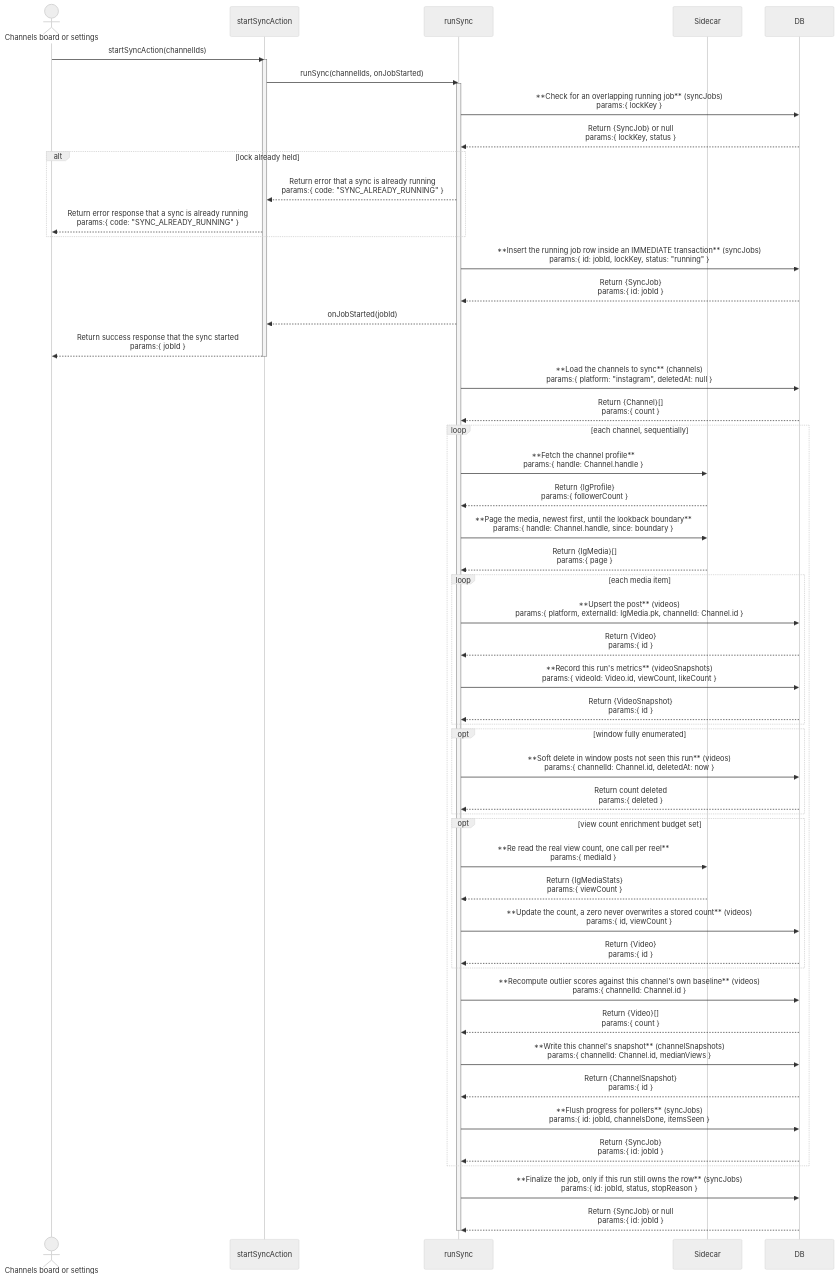
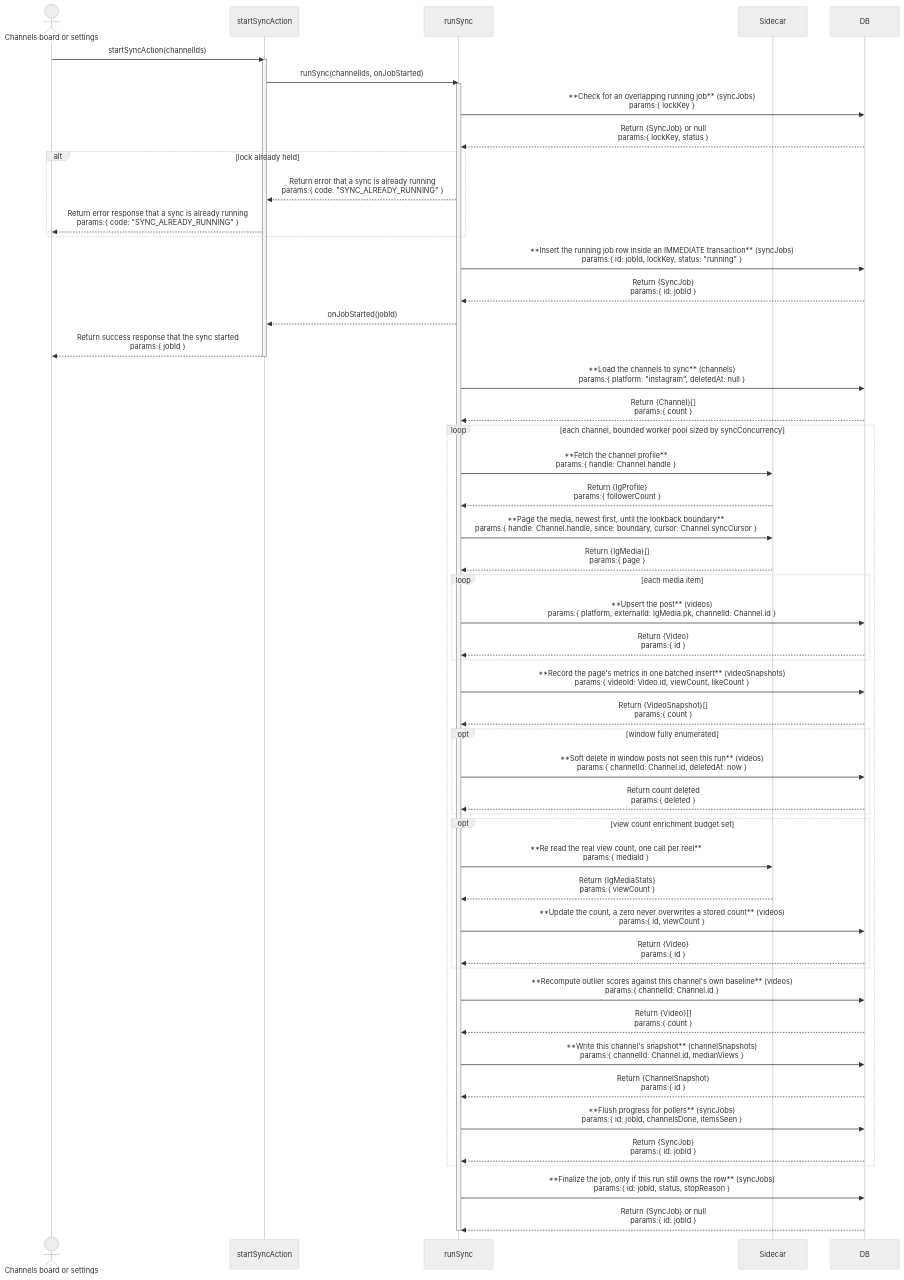
Before and after one commit to Kaiships-ai/crowsnest: the second of 2 diagrams in documents/architect/core-components/ig-sync/02-architecture.md, drawn with Mermaid (neutral theme). The commit also changed other lines of this file and 4 other files, not shown here.

First line of the commit message:
docs(ig-sync): document concurrency, resume, error classes, batching, monitoring

````diff
--- a/documents/architect/core-components/ig-sync/02-architecture.md
+++ b/documents/architect/core-components/ig-sync/02-architecture.md
@@ -147,60 +151,60 @@
 ```mermaid
 sequenceDiagram
     actor UI as Channels board or settings
     participant Action as startSyncAction
     participant Worker as runSync
     participant Sidecar
     participant DB
 
     UI->>Action: startSyncAction(channelIds)
     activate Action
     Action->>Worker: runSync(channelIds, onJobStarted)
     activate Worker
     Worker->>DB: **Check for an overlapping running job** (syncJobs)<br/>params:{ lockKey }
     DB-->>Worker: Return {SyncJob} or null<br/>params:{ lockKey, status }
     alt lock already held
         Worker-->>Action: Return error that a sync is already running<br/>params:{ code: "SYNC_ALREADY_RUNNING" }
         Action-->>UI: Return error response that a sync is already running<br/>params:{ code: "SYNC_ALREADY_RUNNING" }
     end
     Worker->>DB: **Insert the running job row inside an IMMEDIATE transaction** (syncJobs)<br/>params:{ id: jobId, lockKey, status: "running" }
     DB-->>Worker: Return {SyncJob}<br/>params:{ id: jobId }
     Worker-->>Action: onJobStarted(jobId)
     Action-->>UI: Return success response that the sync started<br/>params:{ jobId }
     deactivate Action
 
     Worker->>DB: **Load the channels to sync** (channels)<br/>params:{ platform: "instagram", deletedAt: null }
     DB-->>Worker: Return {Channel}[]<br/>params:{ count }
 
-    loop each channel, sequentially
+    loop each channel, bounded worker pool sized by syncConcurrency
         Worker->>Sidecar: **Fetch the channel profile**<br/>params:{ handle: Channel.handle }
         Sidecar-->>Worker: Return {IgProfile}<br/>params:{ followerCount }
-        Worker->>Sidecar: **Page the media, newest first, until the lookback boundary**<br/>params:{ handle: Channel.handle, since: boundary }
+        Worker->>Sidecar: **Page the media, newest first, until the lookback boundary**<br/>params:{ handle: Channel.handle, since: boundary, cursor: Channel.syncCursor }
         Sidecar-->>Worker: Return {IgMedia}[]<br/>params:{ page }
         loop each media item
             Worker->>DB: **Upsert the post** (videos)<br/>params:{ platform, externalId: IgMedia.pk, channelId: Channel.id }
             DB-->>Worker: Return {Video}<br/>params:{ id }
-            Worker->>DB: **Record this run's metrics** (videoSnapshots)<br/>params:{ videoId: Video.id, viewCount, likeCount }
-            DB-->>Worker: Return {VideoSnapshot}<br/>params:{ id }
         end
+        Worker->>DB: **Record the page's metrics in one batched insert** (videoSnapshots)<br/>params:{ videoId: Video.id, viewCount, likeCount }
+        DB-->>Worker: Return {VideoSnapshot}[]<br/>params:{ count }
         opt window fully enumerated
             Worker->>DB: **Soft delete in window posts not seen this run** (videos)<br/>params:{ channelId: Channel.id, deletedAt: now }
             DB-->>Worker: Return count deleted<br/>params:{ deleted }
         end
         opt view count enrichment budget set
             Worker->>Sidecar: **Re read the real view count, one call per reel**<br/>params:{ mediaId }
             Sidecar-->>Worker: Return {IgMediaStats}<br/>params:{ viewCount }
             Worker->>DB: **Update the count, a zero never overwrites a stored count** (videos)<br/>params:{ id, viewCount }
             DB-->>Worker: Return {Video}<br/>params:{ id }
         end
         Worker->>DB: **Recompute outlier scores against this channel's own baseline** (videos)<br/>params:{ channelId: Channel.id }
         DB-->>Worker: Return {Video}[]<br/>params:{ count }
         Worker->>DB: **Write this channel's snapshot** (channelSnapshots)<br/>params:{ channelId: Channel.id, medianViews }
         DB-->>Worker: Return {ChannelSnapshot}<br/>params:{ id }
         Worker->>DB: **Flush progress for pollers** (syncJobs)<br/>params:{ id: jobId, channelsDone, itemsSeen }
         DB-->>Worker: Return {SyncJob}<br/>params:{ id: jobId }
     end
 
     Worker->>DB: **Finalize the job, only if this run still owns the row** (syncJobs)<br/>params:{ id: jobId, status, stopReason }
     DB-->>Worker: Return {SyncJob} or null<br/>params:{ id: jobId }
     deactivate Worker
 ```
````
